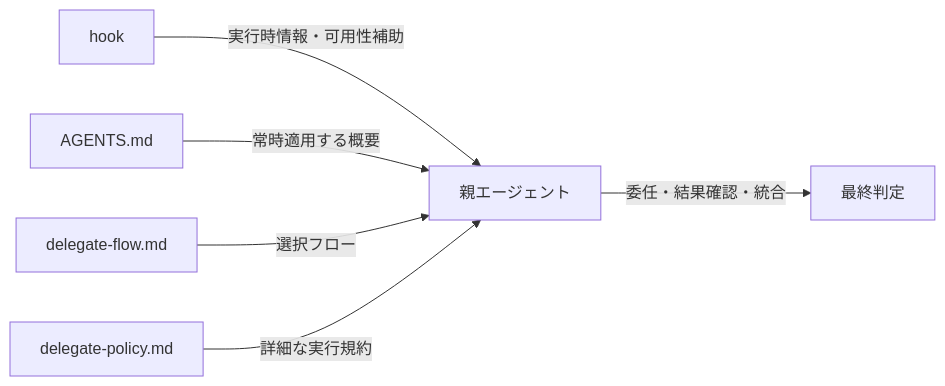
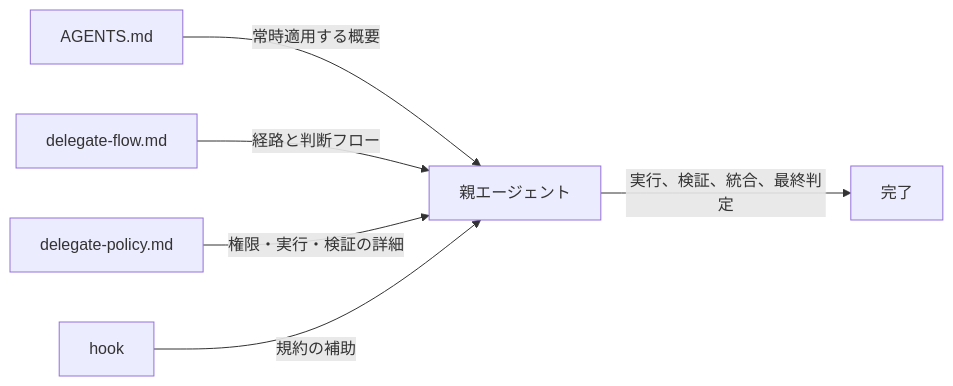
One commit to ksuke0322/LLM_settings changed the second of 2 diagrams in references/delegate-flow.md. Above: the diagram before and after it, drawn with Mermaid. The commit also changed other lines of this file and 6 other files, not shown here.

````diff
--- a/references/delegate-flow.md
+++ b/references/delegate-flow.md
@@ -62,8 +85,8 @@
 ```mermaid
 flowchart LR
-    A[hook] -->|実行時情報・可用性補助| B[親エージェント]
-    C[AGENTS.md] -->|常時適用する概要| B
-    D[delegate-flow.md] -->|選択フロー| B
-    E[delegate-policy.md] -->|詳細な実行規約| B
-    B -->|委任・結果確認・統合| F[最終判定]
+    A[AGENTS.md] -->|常時適用する概要| B[親エージェント]
+    C[delegate-flow.md] -->|経路と判断フロー| B
+    D[delegate-policy.md] -->|権限・実行・検証の詳細| B
+    E[hook] -->|規約の補助| B
+    B -->|実行、検証、統合、最終判定| F[完了]
 ```
````
